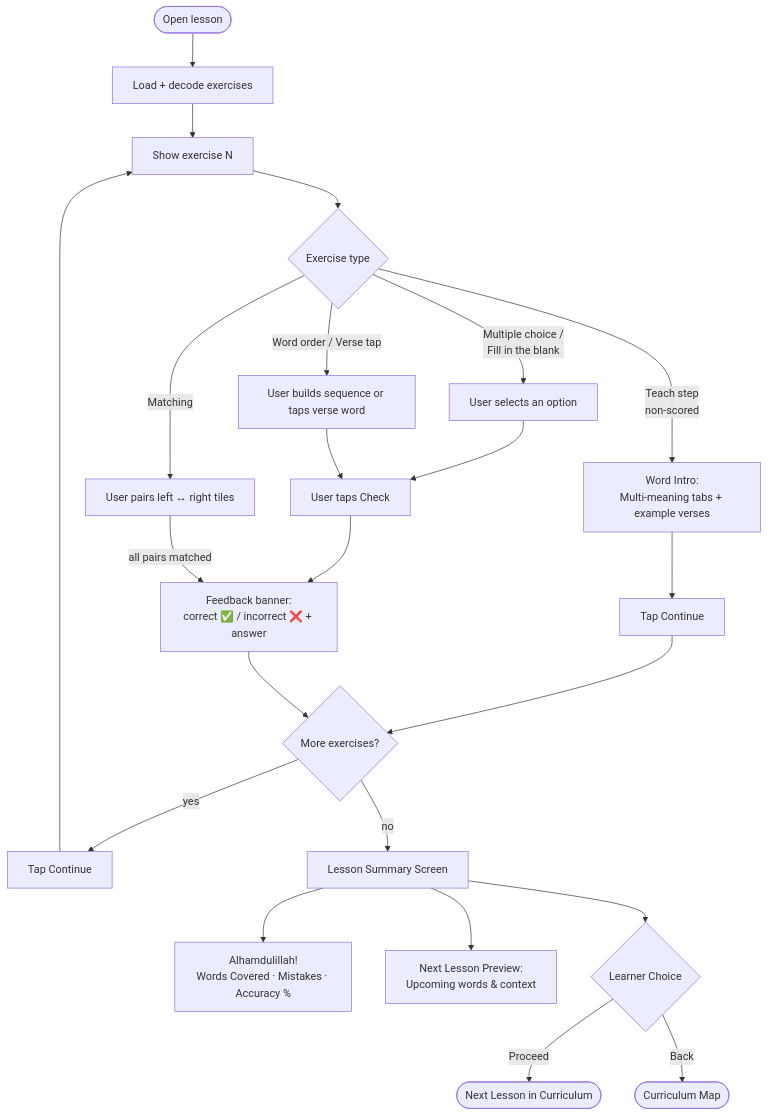
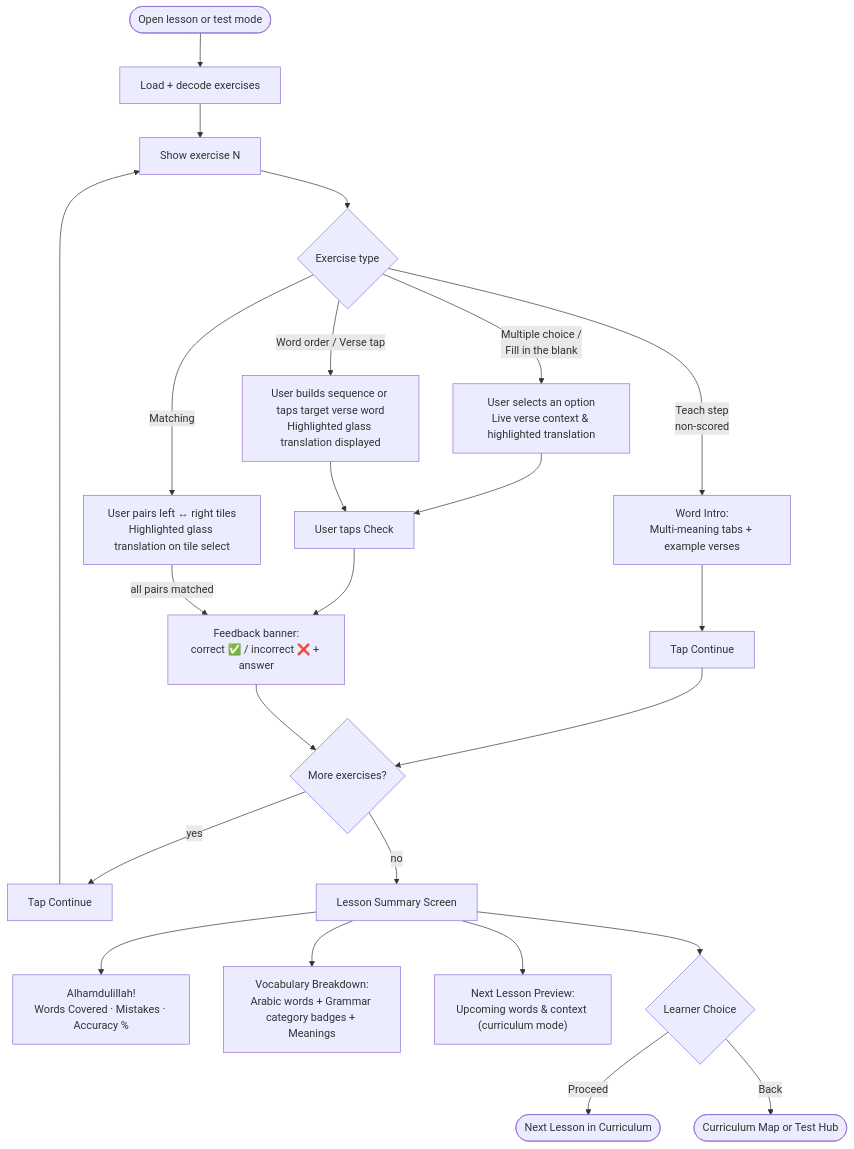
One commit to deanybytes/QuranicWords changed the third of 3 diagrams in docs/USER_FLOWS.md. Above: the diagram before and after it, drawn with Mermaid. The commit also changed other lines of this file and 44 other files, not shown here.

Commit message:
feat: dynamic test mode exercises, universal digit localization, test summary breakdown, and doc updates

````diff
--- a/docs/USER_FLOWS.md
+++ b/docs/USER_FLOWS.md
@@ -58,23 +60,24 @@
 ```mermaid
 flowchart TD
-    Start([Open lesson]) --> Load[Load + decode exercises]
+    Start([Open lesson or test mode]) --> Load[Load + decode exercises]
     Load --> Show[Show exercise N]
     Show --> Type{Exercise type}
     Type -->|Teach step<br/>non-scored| Teach["Word Intro:<br/>Multi-meaning tabs + example verses"]
     Teach --> ContinueTeach["Tap Continue"] --> More
-    Type -->|Multiple choice /<br/>Fill in the blank| Select[User selects an option]
+    Type -->|Multiple choice /<br/>Fill in the blank| Select[User selects an option<br/>Live verse context & highlighted translation]
     Select --> Check[User taps Check]
     Check --> Feedback1[Feedback banner:<br/>correct ✅ / incorrect ❌ + answer]
-    Type -->|Matching| Match[User pairs left ↔ right tiles]
+    Type -->|Matching| Match[User pairs left ↔ right tiles<br/>Highlighted glass translation on tile select]
     Match -->|all pairs matched| Feedback1
-    Type -->|Word order / Verse tap| Build[User builds sequence or taps verse word]
+    Type -->|Word order / Verse tap| Build[User builds sequence or taps target verse word<br/>Highlighted glass translation displayed]
     Build --> Check
     Feedback1 --> More{More exercises?}
     More -->|yes| Continue[Tap Continue] --> Show
     More -->|no| Summary[Lesson Summary Screen]
     Summary --> Stats["Alhamdulillah!<br/>Words Covered · Mistakes · Accuracy %"]
-    Summary --> Preview["Next Lesson Preview:<br/>Upcoming words & context"]
+    Summary --> WordList["Vocabulary Breakdown:<br/>Arabic words + Grammar category badges + Meanings"]
+    Summary --> Preview["Next Lesson Preview:<br/>Upcoming words & context (curriculum mode)"]
     Summary --> NextAction{Learner Choice}
     NextAction -->|Proceed| NextLesson([Next Lesson in Curriculum])
-    NextAction -->|Back| HomeMap([Curriculum Map])
+    NextAction -->|Back| HomeMap([Curriculum Map or Test Hub])
 ```
````
